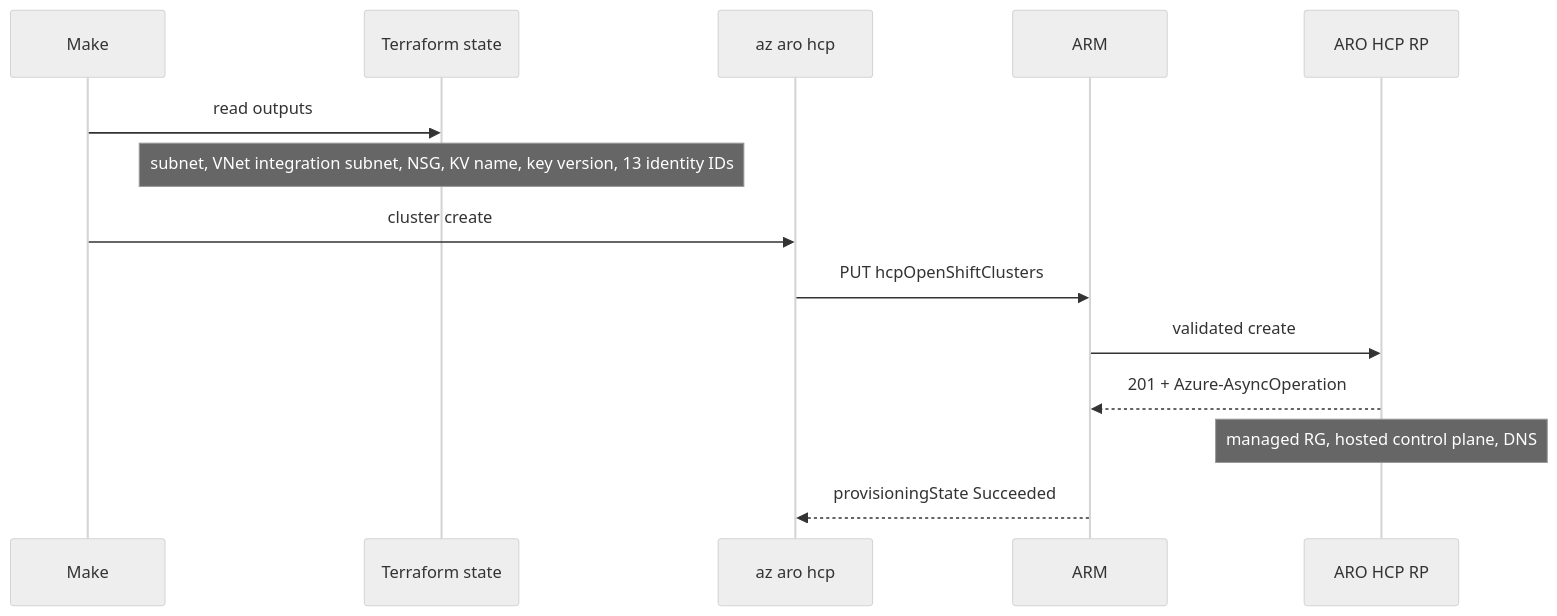
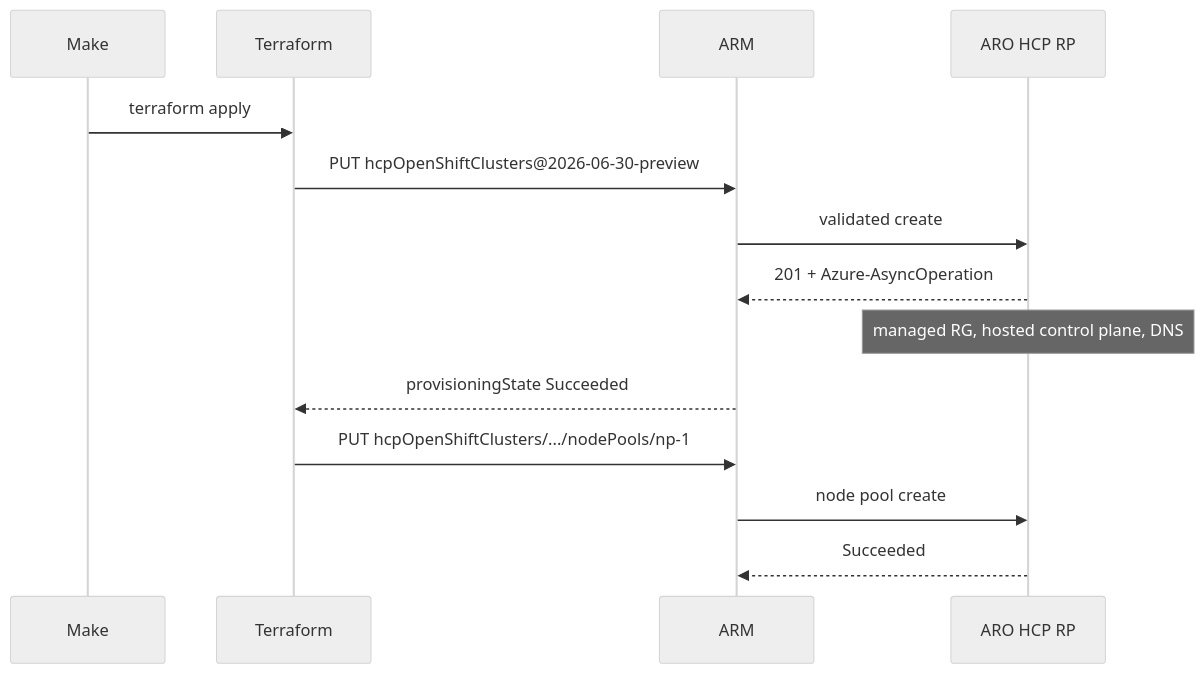
The eighth of 12 diagrams in docs/architecture.md (rh-mobb/aro-hcp), drawn with Mermaid (neutral theme) before and after one commit. The commit also changed other lines of this file and 18 other files, not shown here.

First line of the commit message:
feat(terraform): manage HCP cluster and default node pool with AzAPI

````diff
--- a/docs/architecture.md
+++ b/docs/architecture.md
@@ -544,17 +543,17 @@
 ```mermaid
 sequenceDiagram
     participant Make
-    participant TF as Terraform state
-    participant CLI as az aro hcp
+    participant TF as Terraform
     participant ARM
     participant RP as ARO HCP RP
 
-    Make->>TF: read outputs
-    Note over TF: subnet, VNet integration subnet, NSG, KV name, key version, 13 identity IDs
-    Make->>CLI: cluster create
-    CLI->>ARM: PUT hcpOpenShiftClusters
+    Make->>TF: terraform apply
+    TF->>ARM: PUT hcpOpenShiftClusters@2026-06-30-preview
     ARM->>RP: validated create
     RP-->>ARM: 201 + Azure-AsyncOperation
     Note over RP: managed RG, hosted control plane, DNS
-    ARM-->>CLI: provisioningState Succeeded
+    ARM-->>TF: provisioningState Succeeded
+    TF->>ARM: PUT hcpOpenShiftClusters/.../nodePools/np-1
+    ARM->>RP: node pool create
+    RP-->>ARM: Succeeded
 ```
````
